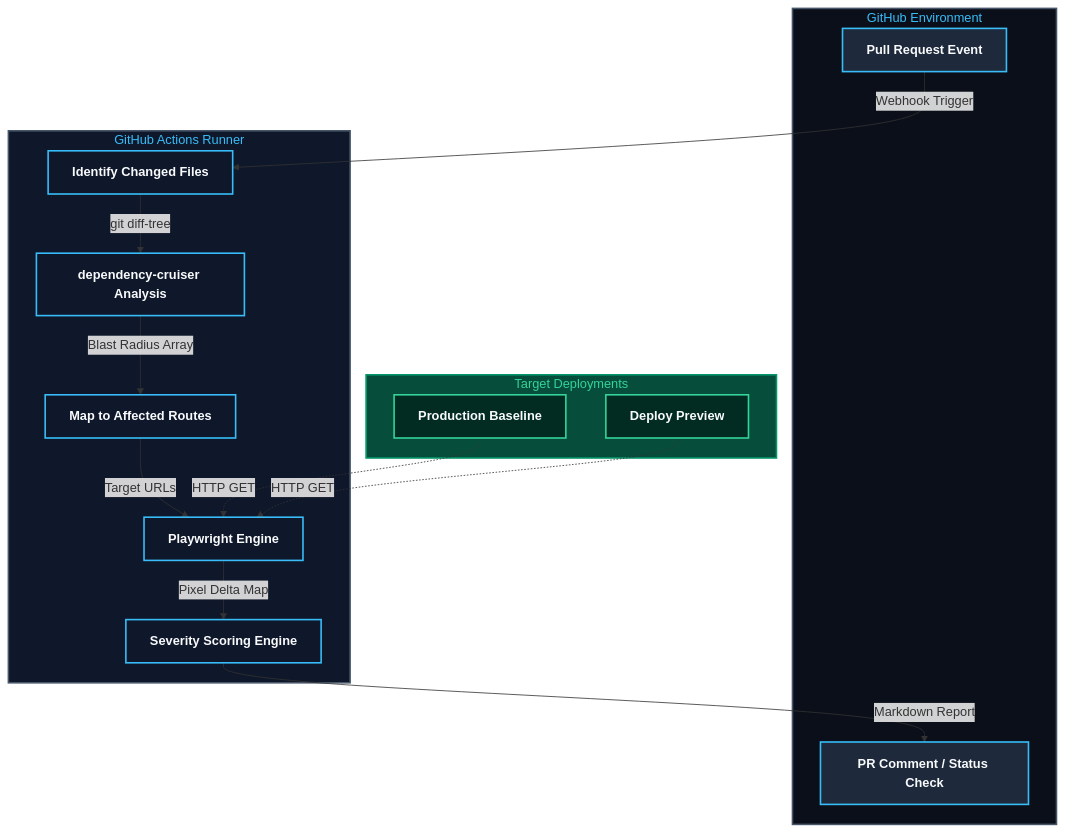
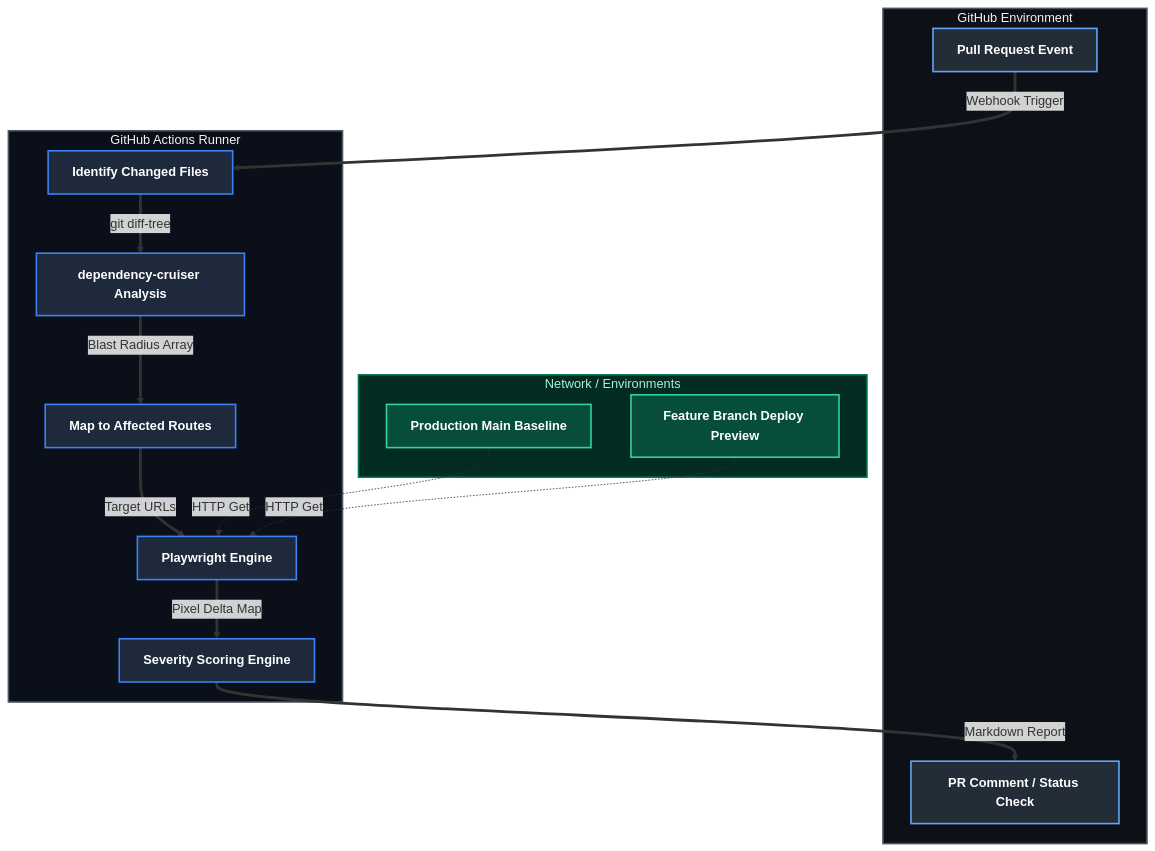
The diagram in src/content/research/deployment-impact-analyzer.md (arii/portfolio), drawn with Mermaid before and after one commit. The commit also changed 3 other files, not shown here.

First line of the commit message:
Improve and polish Mermaid diagrams across research articles

````diff
--- a/src/content/research/deployment-impact-analyzer.md
+++ b/src/content/research/deployment-impact-analyzer.md
@@ -19,48 +19,49 @@
 ```mermaid
-flowchart TD
-    %% High-Visibility Class Definitions
-    classDef gitHub fill:#1e293b,stroke:#38bdf8,stroke-width:2px,color:#f8fafc,font-weight:bold;
-    classDef runner fill:#0f172a,stroke:#38bdf8,stroke-width:2px,color:#f8fafc,font-weight:bold;
-    classDef external fill:#022c22,stroke:#34d399,stroke-width:2px,color:#f8fafc,font-weight:bold;
+graph TB
+    %% Strict High-Visibility Class Definitions
+    classDef gitHub fill:#232d38,stroke:#60a5fa,stroke-width:2px,color:#ffffff,font-weight:bold;
+    classDef runner fill:#1e293b,stroke:#3b82f6,stroke-width:2px,color:#ffffff,font-weight:bold;
+    classDef external fill:#064e3b,stroke:#34d399,stroke-width:2px,color:#ffffff,font-weight:bold;
+    classDef linkText fill:none,color:#cbd5e1,font-size:11px;
 
-    %% System Boundaries
+    %% Environments as System Boundaries
     subgraph GitHub_Platform ["GitHub Environment"]
         A[Pull Request Event]
         G[PR Comment / Status Check]
     end
 
     subgraph CI_Runner ["GitHub Actions Runner"]
         B[Identify Changed Files]
         C[dependency-cruiser Analysis]
         D[Map to Affected Routes]
         E[Playwright Engine]
         F[Severity Scoring Engine]
     end
 
-    subgraph Target_Environments ["Target Deployments"]
-        Prod[Production Baseline]
-        Branch[Deploy Preview]
+    subgraph Target_Environments ["Network / Environments"]
+        Prod[Production Main Baseline]
+        Branch[Feature Branch Deploy Preview]
     end
 
-    %% Pipeline Connectors
-    A -->|Webhook Trigger| B
-    B -->|git diff-tree| C
-    C -->|Blast Radius Array| D
+    %% Pipeline Logic & High-Contrast Connectors
+    A ==>|Webhook Trigger| B
+    B ==>|git diff-tree| C
+    C ==>|Blast Radius Array| D
 
-    D -->|Target URLs| E
-    Prod -.->|HTTP GET| E
-    Branch -.->|HTTP GET| E
+    D ==>|Target URLs| E
+    Prod -.->|HTTP Get| E
+    Branch -.->|HTTP Get| E
 
-    E -->|Pixel Delta Map| F
-    F -->|Markdown Report| G
+    E ==>|Pixel Delta Map| F
+    F ==>|Markdown Report| G
 
-    %% Class Assignments
+    %% Assign Classes
     class A,G gitHub;
     class B,C,D,E,F runner;
     class Prod,Branch external;
 
-    %% Subgraph Overrides
-    style GitHub_Platform fill:#0b0f19,stroke:#475569,stroke-width:2px,color:#38bdf8
-    style CI_Runner fill:#0f172a,stroke:#475569,stroke-width:2px,color:#38bdf8
-    style Target_Environments fill:#064e3b,stroke:#059669,stroke-width:2px,color:#34d399
+    %% Subgraph Contrast Overrides
+    style GitHub_Platform fill:#0d1117,stroke:#4b5563,stroke-width:2px,color:#f3f4f6
+    style CI_Runner fill:#0b0f19,stroke:#4b5563,stroke-width:2px,color:#f3f4f6
+    style Target_Environments fill:#022c22,stroke:#047857,stroke-width:2px,color:#a7f3d0
 ```
````
